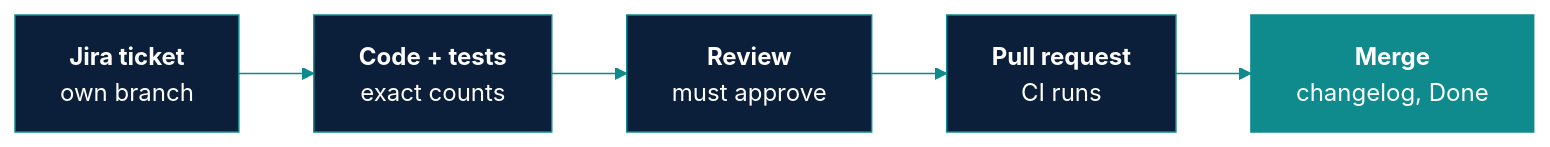
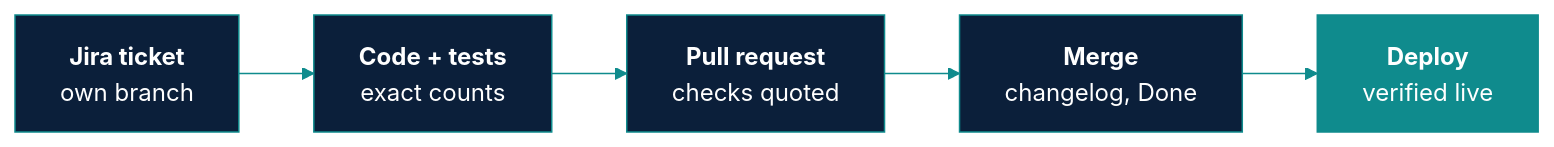
One commit to niaga-labs/.github changed the second of 2 diagrams in profile/README.md. Above: the diagram before and after it, drawn with Mermaid. The commit also changed other lines of this file and 12 other files, not shown here.

````diff
--- a/profile/README.md
+++ b/profile/README.md
@@ -152,11 +105,11 @@
 ```mermaid
 %%{init: {"theme": "base", "themeVariables": {"primaryColor": "#0B1F3A", "primaryTextColor": "#FFFFFF", "nodeTextColor": "#FFFFFF", "primaryBorderColor": "#0F8B8D", "lineColor": "#0F8B8D"}}}%%
 flowchart LR
     T["<b>Jira ticket</b><br/>own branch"] --> C["<b>Code + tests</b><br/>exact counts"]
-    C --> R["<b>Review</b><br/>must approve"]
-    R --> P["<b>Pull request</b><br/>CI runs"]
+    C --> P["<b>Pull request</b><br/>checks quoted"]
     P --> M["<b>Merge</b><br/>changelog, Done"]
+    M --> D["<b>Deploy</b><br/>verified live"]
 
     classDef done fill:#0F8B8D,stroke:#0F8B8D,color:#FFFFFF
-    class M done
+    class D done
 ```
````
